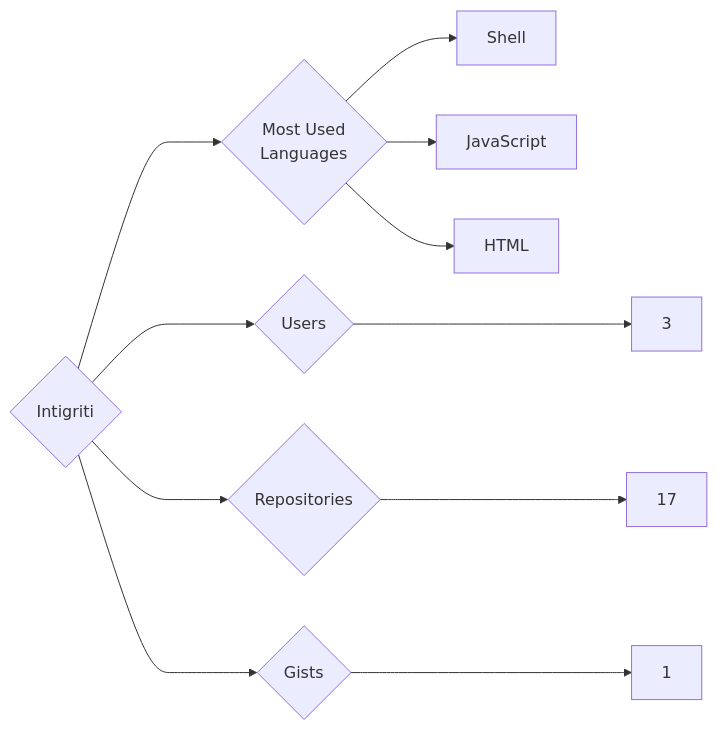
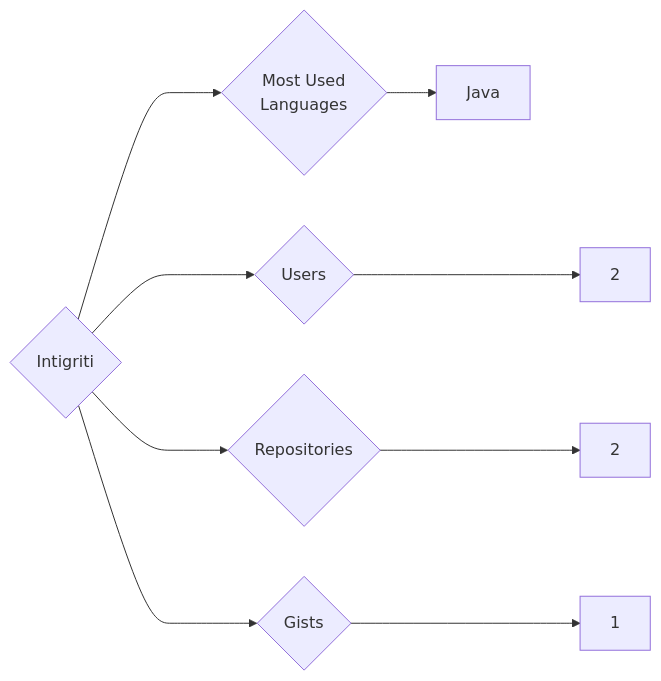
One commit to trickest/insiders changed the diagram in targets/Intigriti/README.md. Above: the diagram before and after it, drawn with Mermaid. The commit also changed 932 other files, not shown here.

````diff
--- a/targets/Intigriti/README.md
+++ b/targets/Intigriti/README.md
@@ -3,11 +3,9 @@
 ```mermaid
 graph LR
 COMPANY_NAME{Intigriti}
-COMPANY_NAME ---> U{Users} ---> UN[3]
-COMPANY_NAME ---> R{Repositories} ---> RN[17]
+COMPANY_NAME ---> U{Users} ---> UN[2]
+COMPANY_NAME ---> R{Repositories} ---> RN[2]
 COMPANY_NAME ---> G{Gists} ---> GN[1]
 COMPANY_NAME ---> ML{Most Used<br>Languages}
-ML --> Shell[Shell]
-ML --> JavaScript[JavaScript]
-ML --> HTML[HTML]
+ML --> Java[Java]
 ```
````
